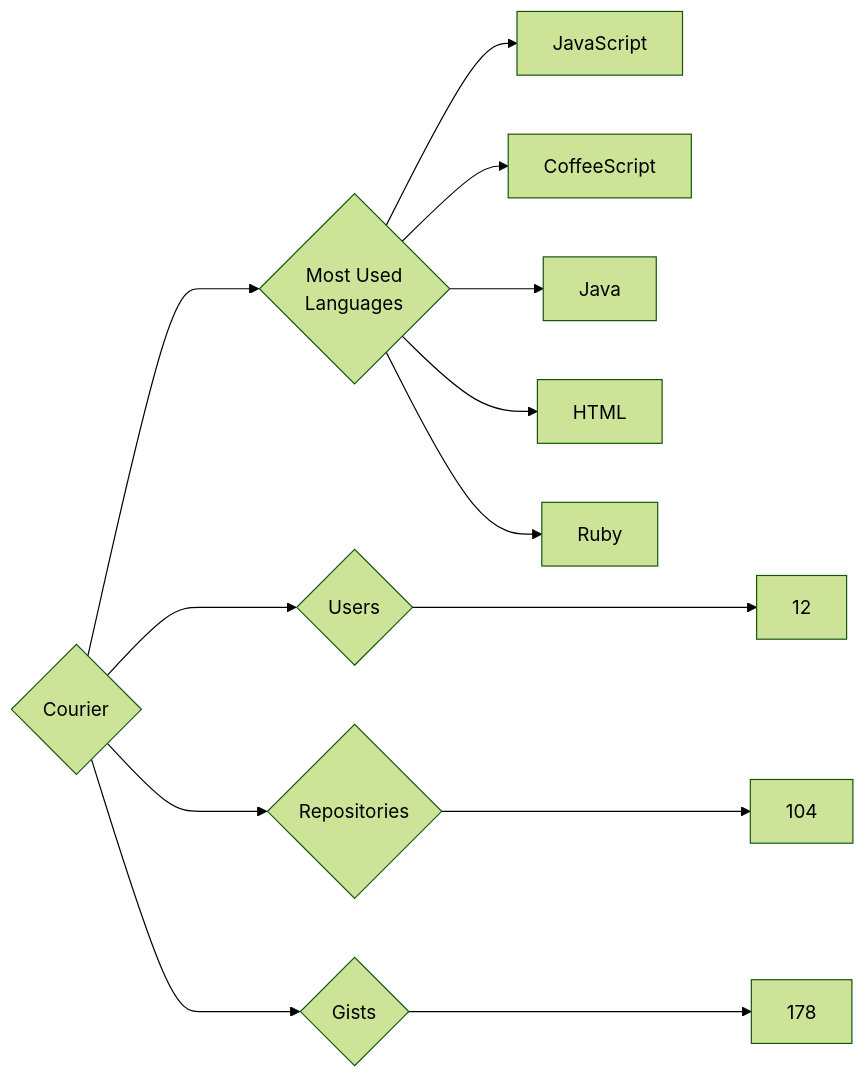
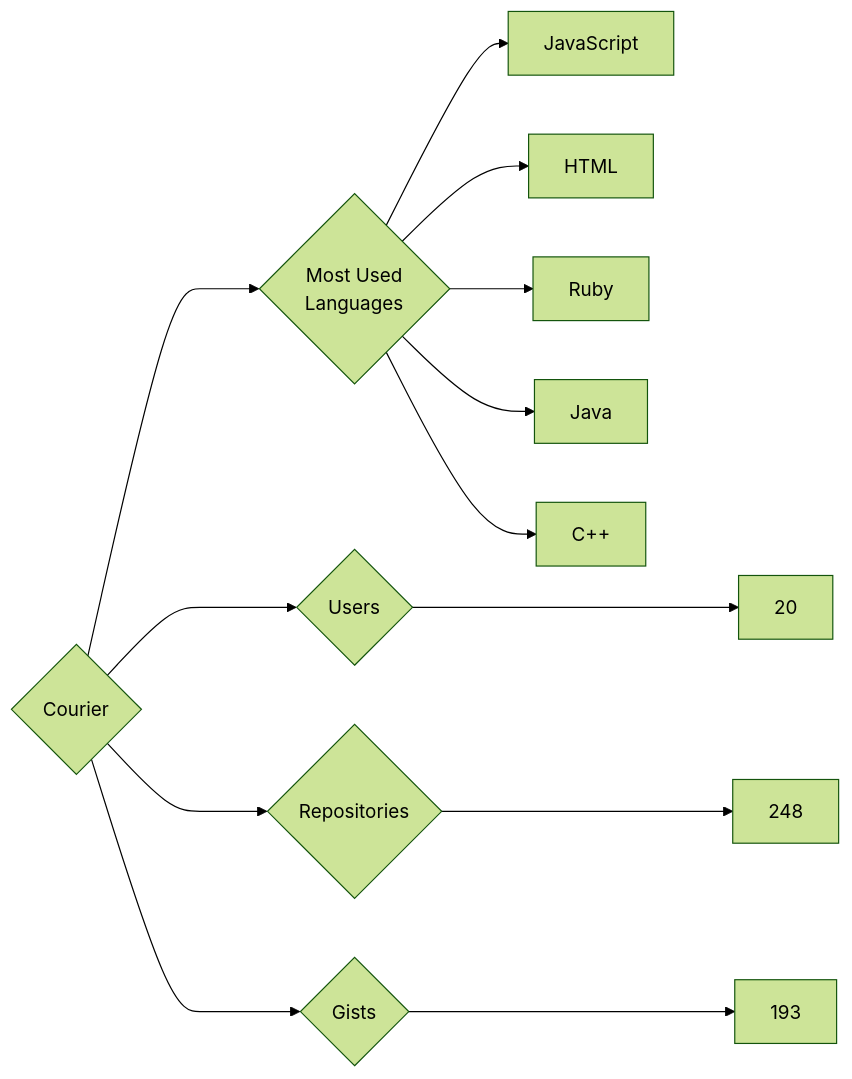
One commit to trickest/insiders changed the diagram in targets/Courier/README.md. Above: the diagram before and after it, drawn with Mermaid (forest theme). The commit also changed 1084 other files, not shown here.

````diff
--- a/targets/Courier/README.md
+++ b/targets/Courier/README.md
@@ -3,13 +3,13 @@
 ```mermaid
 graph LR
 COMPANY_NAME{Courier}
-COMPANY_NAME ---> U{Users} ---> UN[12]
-COMPANY_NAME ---> R{Repositories} ---> RN[104]
-COMPANY_NAME ---> G{Gists} ---> GN[178]
+COMPANY_NAME ---> U{Users} ---> UN[20]
+COMPANY_NAME ---> R{Repositories} ---> RN[248]
+COMPANY_NAME ---> G{Gists} ---> GN[193]
 COMPANY_NAME ---> ML{Most Used<br>Languages}
 ML --> JavaScript[JavaScript]
-ML --> CoffeeScript[CoffeeScript]
-ML --> Java[Java]
 ML --> HTML[HTML]
 ML --> Ruby[Ruby]
+ML --> Java[Java]
+ML --> C++[C++]
 ```
````
